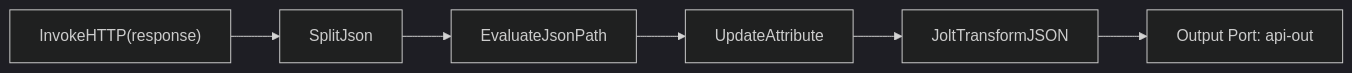
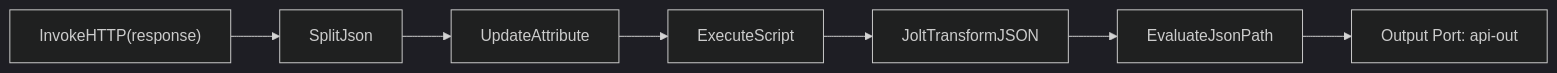
One commit to roadseeker/study-data-pipeline changed the third of 8 diagrams in config/nifi/process-group-design.md. Above: the diagram before and after it, drawn with Mermaid (dark theme). The commit also changed other lines of this file and 1 other file, not shown here.

First line of the commit message:
Week 3 NiFi 가이드와 플로우 표준화 정리

````diff
--- a/config/nifi/process-group-design.md
+++ b/config/nifi/process-group-design.md
@@ -193,8 +193,9 @@
 ```mermaid
 flowchart LR
     A["InvokeHTTP(response)"] --> B["SplitJson"]
-    B --> C["EvaluateJsonPath"]
-    C --> D["UpdateAttribute"]
+    B --> C["UpdateAttribute"]
+    C --> D["ExecuteScript"]
     D --> E["JoltTransformJSON"]
-    E --> F["Output Port: api-out"]
+    E --> F["EvaluateJsonPath"]
+    F --> G["Output Port: api-out"]
 ```
````
